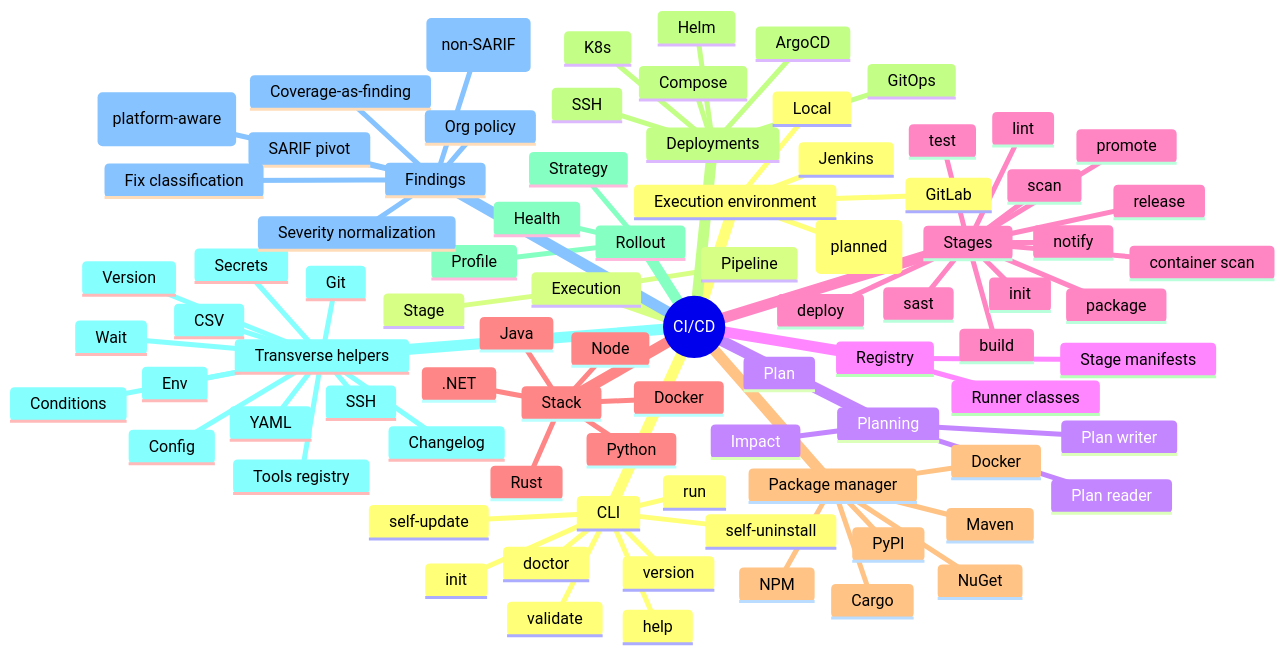
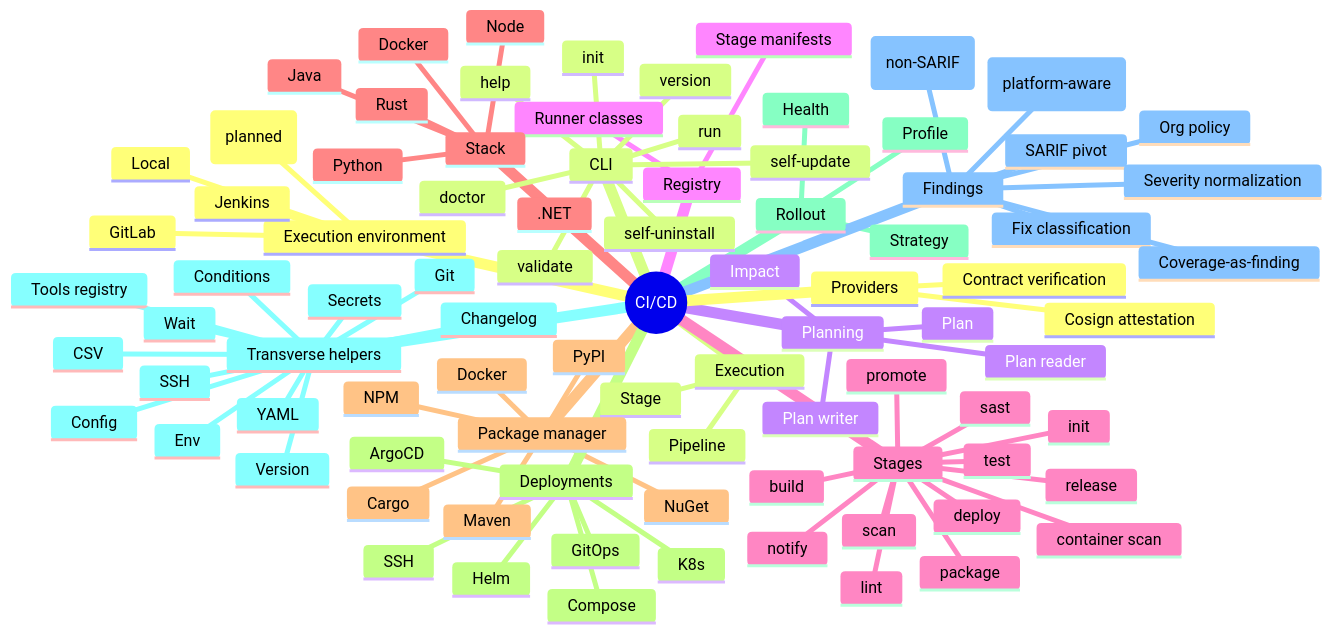
Before and after one commit to getbrik/brik: the first of 2 diagrams in docs/contributing/layout.md, drawn with Mermaid. The commit also changed other lines of this file, not shown here.

First line of the commit message:
docs(contributing): add the Providers notion to the domain layout

```diff
--- a/docs/contributing/layout.md
+++ b/docs/contributing/layout.md
@@ -101,6 +101,10 @@
       Coverage-as-finding
       Org policy
 
+    Providers
+      Cosign attestation
+      Contract verification
+
     CLI
       validate
       doctor
```
